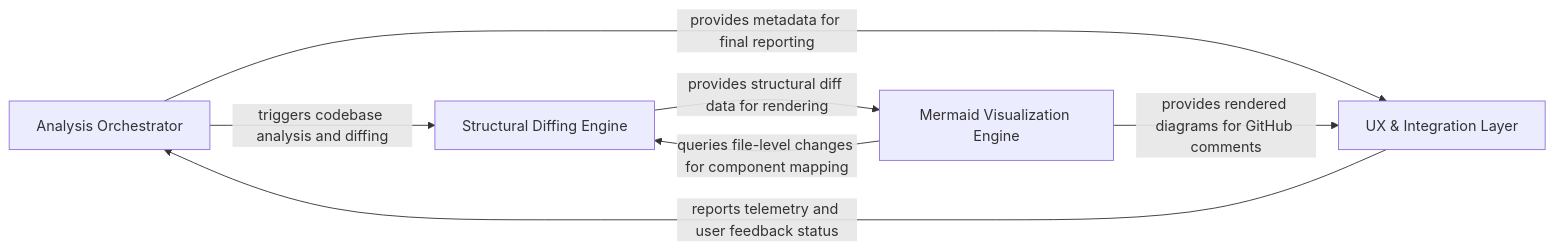
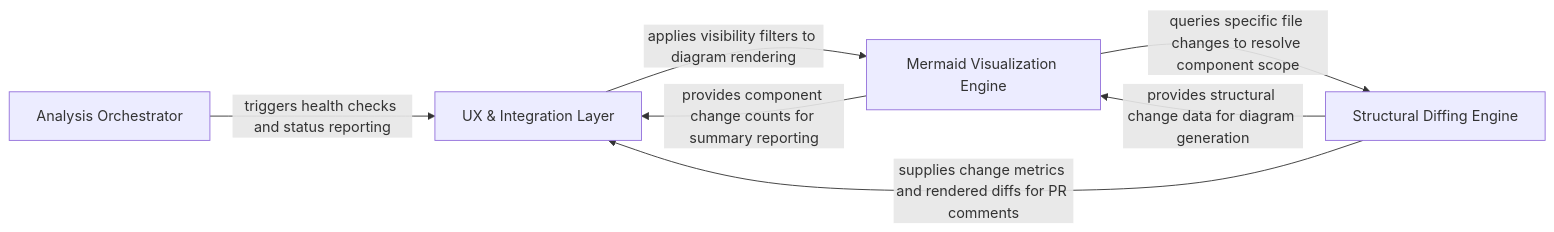
Before and after one commit to CodeBoarding/CodeBoarding-action: the diagram in .codeboarding/overview.md, drawn with Mermaid. The commit also changed other lines of this file and 8 other files, not shown here.

Commit message:
chore(codeboarding): sync architecture baseline

````diff
--- a/.codeboarding/overview.md
+++ b/.codeboarding/overview.md
@@ -1,17 +1,17 @@
 ```mermaid
 graph LR
     Analysis_Orchestrator["Analysis Orchestrator"]
     Structural_Diffing_Engine["Structural Diffing Engine"]
     Mermaid_Visualization_Engine["Mermaid Visualization Engine"]
     UX_Integration_Layer["UX & Integration Layer"]
-    Analysis_Orchestrator -- "triggers codebase analysis and diffing" --> Structural_Diffing_Engine
-    Analysis_Orchestrator -- "provides metadata for final reporting" --> UX_Integration_Layer
-    Structural_Diffing_Engine -- "provides structural diff data for rendering" --> Mermaid_Visualization_Engine
-    Mermaid_Visualization_Engine -- "queries file-level changes for component mapping" --> Structural_Diffing_Engine
-    Mermaid_Visualization_Engine -- "provides rendered diagrams for GitHub comments" --> UX_Integration_Layer
-    UX_Integration_Layer -- "reports telemetry and user feedback status" --> Analysis_Orchestrator
+    Analysis_Orchestrator -- "triggers health checks and status reporting" --> UX_Integration_Layer
+    Structural_Diffing_Engine -- "provides structural change data for diagram generation" --> Mermaid_Visualization_Engine
+    Structural_Diffing_Engine -- "supplies change metrics and rendered diffs for PR comments" --> UX_Integration_Layer
+    Mermaid_Visualization_Engine -- "queries specific file changes to resolve component scope" --> Structural_Diffing_Engine
+    Mermaid_Visualization_Engine -- "provides component change counts for summary reporting" --> UX_Integration_Layer
+    UX_Integration_Layer -- "applies visibility filters to diagram rendering" --> Mermaid_Visualization_Engine
     click Analysis_Orchestrator href "https://github.com/CodeBoarding/CodeBoarding-action/blob/main/.codeboarding/Analysis_Orchestrator.md" "Details"
     click Structural_Diffing_Engine href "https://github.com/CodeBoarding/CodeBoarding-action/blob/main/.codeboarding/Structural_Diffing_Engine.md" "Details"
     click Mermaid_Visualization_Engine href "https://github.com/CodeBoarding/CodeBoarding-action/blob/main/.codeboarding/Mermaid_Visualization_Engine.md" "Details"
     click UX_Integration_Layer href "https://github.com/CodeBoarding/CodeBoarding-action/blob/main/.codeboarding/UX_Integration_Layer.md" "Details"
 ```
````
